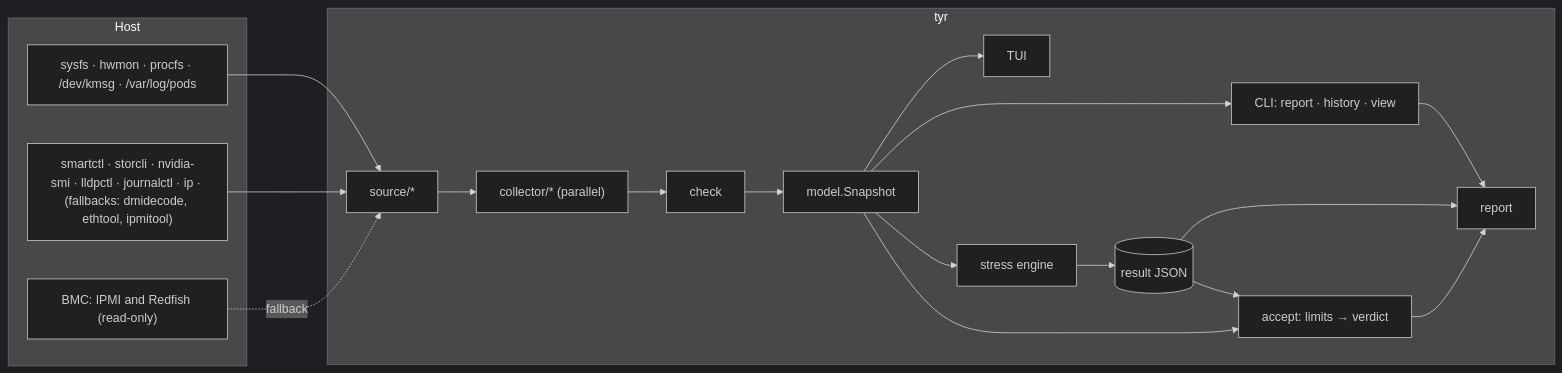
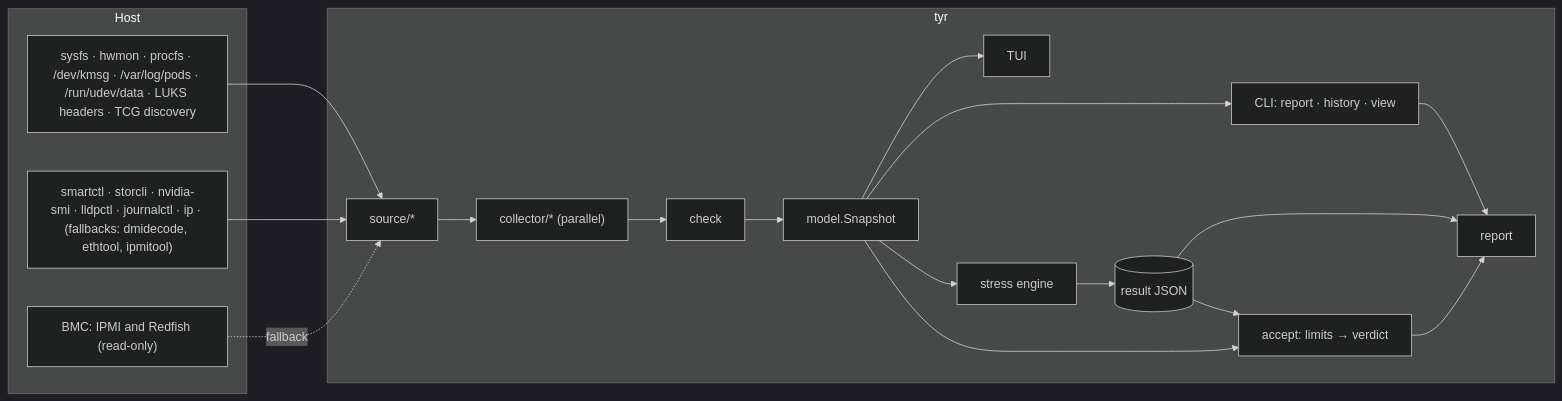
Before and after one commit to noahzmr/tyr: the first of 2 diagrams in docs/architecture.md, drawn with Mermaid (dark theme). The commit also changed other lines of this file and 7 other files, not shown here.

````diff
--- a/docs/architecture.md
+++ b/docs/architecture.md
@@ -27,24 +28,24 @@
 ```mermaid
 flowchart LR
     subgraph host["Host"]
-        sys["sysfs · hwmon · procfs · /dev/kmsg · /var/log/pods"]
+        sys["sysfs · hwmon · procfs · /dev/kmsg · /var/log/pods · /run/udev/data · LUKS headers · TCG discovery"]
         tools["smartctl · storcli · nvidia-smi · lldpctl · journalctl · ip · (fallbacks: dmidecode, ethtool, ipmitool)"]
         bmc["BMC: IPMI and Redfish (read-only)"]
     end
     subgraph tyr["tyr"]
         src["source/*"] --> col["collector/* (parallel)"]
         col --> chk["check"] --> snap["model.Snapshot"]
         snap --> tui["TUI"]
         snap --> cli["CLI: report · history · view"]
         snap --> stress["stress engine"]
         stress --> res[("result JSON")]
         res --> rep["report"]
         snap --> acc["accept: limits → verdict"]
         res --> acc
         acc --> rep
         cli --> rep
     end
     sys --> src
     tools --> src
     bmc -. fallback .-> src
 ```
````
